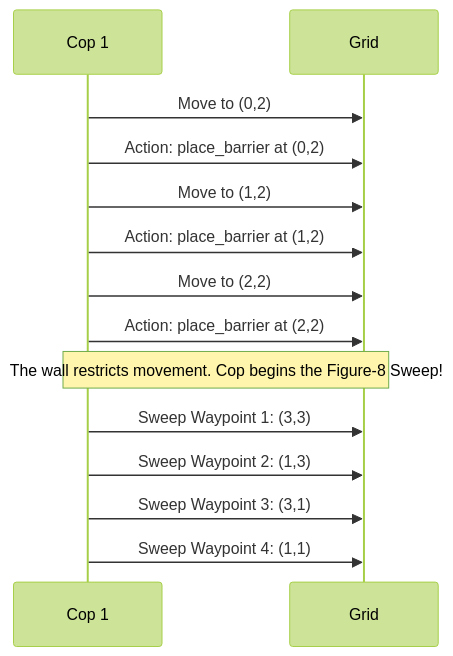
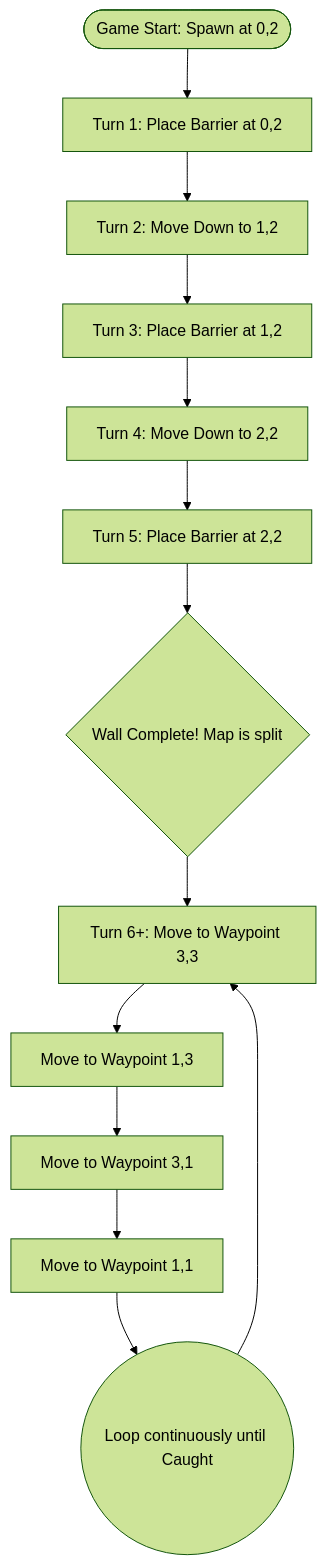
Before and after one commit to Nell-Kh/HW06-Dual-AI-agent-race-via-MCP-servers: the first of 2 diagrams in README.md, drawn with Mermaid (forest theme). The commit also changed other lines of this file, not shown here.

````diff
--- a/README.md
+++ b/README.md
@@ -93,16 +93,19 @@
 ```mermaid
-sequenceDiagram
-    participant C as Cop 1
-    participant G as Grid
-    C->>G: Move to (0,2)
-    C->>G: Action: place_barrier at (0,2)
-    C->>G: Move to (1,2)
-    C->>G: Action: place_barrier at (1,2)
-    C->>G: Move to (2,2)
-    C->>G: Action: place_barrier at (2,2)
-    Note over C,G: The wall restricts movement. Cop begins the Figure-8 Sweep!
-    C->>G: Sweep Waypoint 1: (3,3)
-    C->>G: Sweep Waypoint 2: (1,3)
-    C->>G: Sweep Waypoint 3: (3,1)
-    C->>G: Sweep Waypoint 4: (1,1)
+flowchart TD
+    Start([Game Start: Spawn at 0,2]) --> T1
+    
+    T1[Turn 1: Place Barrier at 0,2] --> T2
+    T2[Turn 2: Move Down to 1,2] --> T3
+    T3[Turn 3: Place Barrier at 1,2] --> T4
+    T4[Turn 4: Move Down to 2,2] --> T5
+    T5[Turn 5: Place Barrier at 2,2] --> Wall
+    
+    Wall{Wall Complete! Map is split} --> W1
+    
+    W1[Turn 6+: Move to Waypoint 3,3] --> W2
+    W2[Move to Waypoint 1,3] --> W3
+    W3[Move to Waypoint 3,1] --> W4
+    W4[Move to Waypoint 1,1] --> Loop
+    
+    Loop((Loop continuously until Caught)) --> W1
 ```
````
